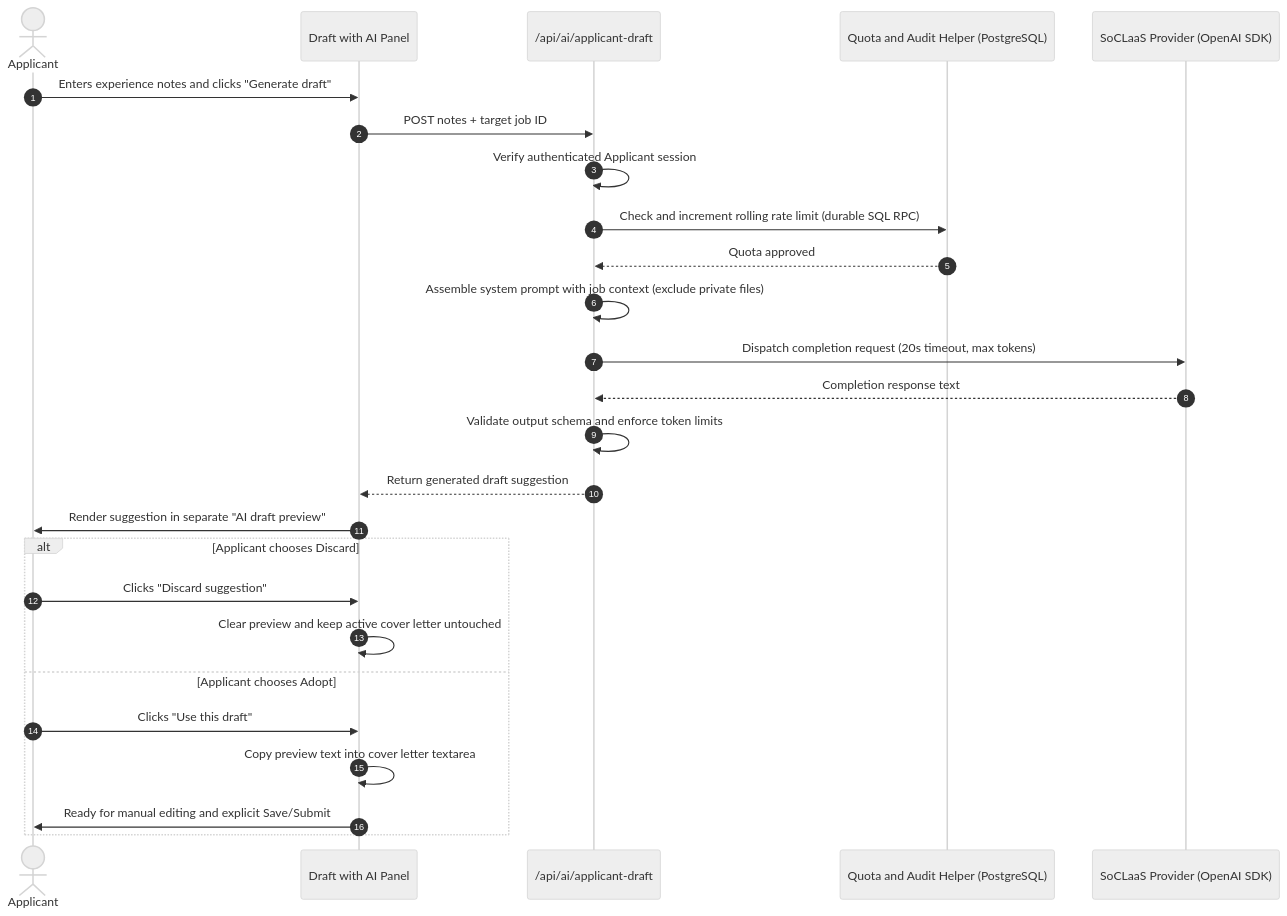
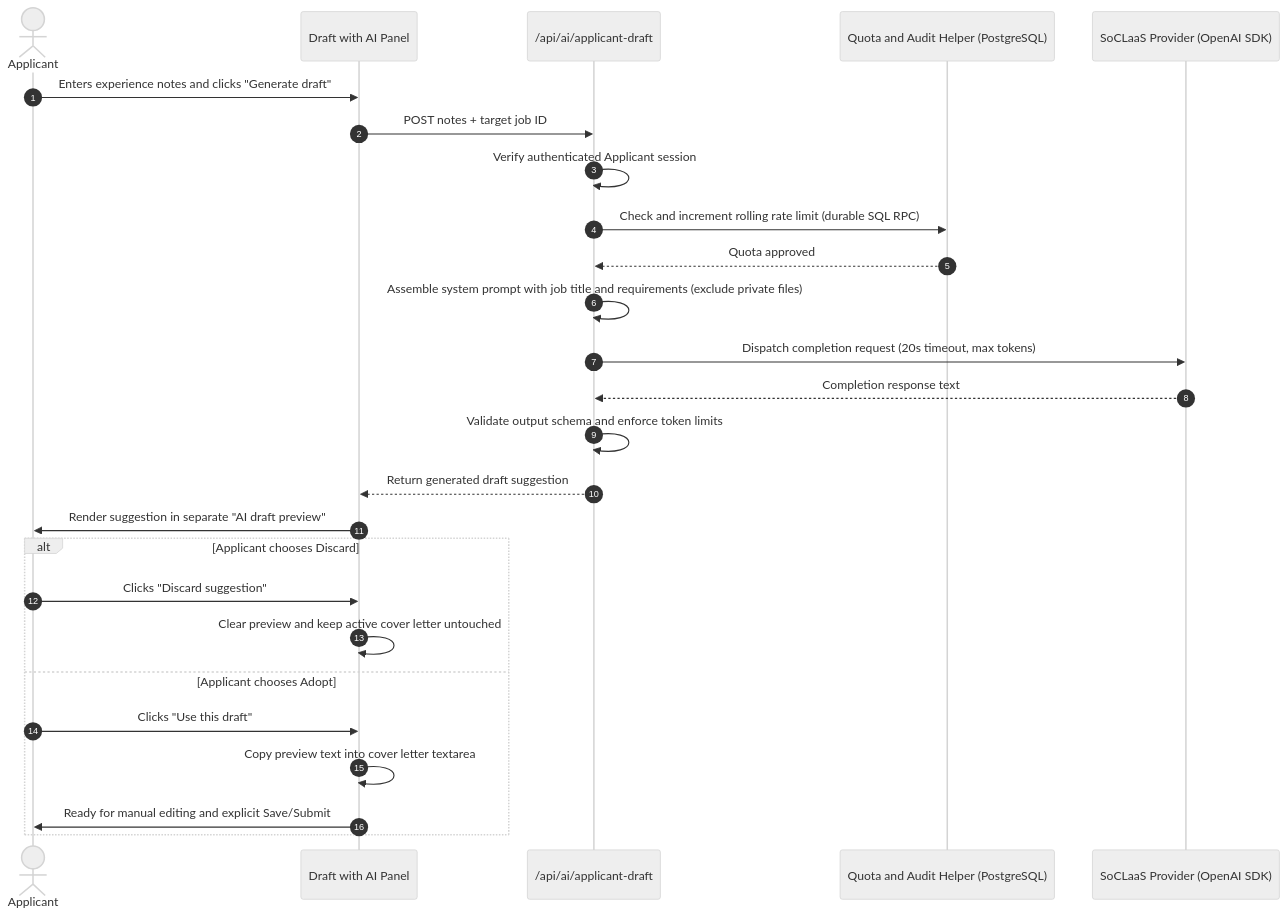
Before and after one commit to CS3227-2610-MP3-ConnectTalent/CS3227-2610-MP3: the fifth of 9 diagrams in docs/DeveloperGuide.md, drawn with Mermaid (neutral theme). The commit also changed other lines of this file, not shown here.

Commit message:
docs(guides): address review feedback on readiness, prompts, diagrams, and walk-throughs

````diff
--- a/docs/DeveloperGuide.md
+++ b/docs/DeveloperGuide.md
@@ -969,29 +973,29 @@
 ```mermaid
 sequenceDiagram
     autonumber
     actor Applicant
     participant UI as Draft with AI Panel
     participant API as /api/ai/applicant-draft
     participant Quota as Quota and Audit Helper (PostgreSQL)
     participant SoCLaaS as SoCLaaS Provider (OpenAI SDK)
 
     Applicant->>UI: Enters experience notes and clicks "Generate draft"
     UI->>API: POST notes + target job ID
     API->>API: Verify authenticated Applicant session
     API->>Quota: Check and increment rolling rate limit (durable SQL RPC)
     Quota-->>API: Quota approved
-    API->>API: Assemble system prompt with job context (exclude private files)
+    API->>API: Assemble system prompt with job title and requirements (exclude private files)
     API->>SoCLaaS: Dispatch completion request (20s timeout, max tokens)
     SoCLaaS-->>API: Completion response text
     API->>API: Validate output schema and enforce token limits
     API-->>UI: Return generated draft suggestion
     UI->>Applicant: Render suggestion in separate "AI draft preview"
     alt Applicant chooses Discard
         Applicant->>UI: Clicks "Discard suggestion"
         UI->>UI: Clear preview and keep active cover letter untouched
     else Applicant chooses Adopt
         Applicant->>UI: Clicks "Use this draft"
         UI->>UI: Copy preview text into cover letter textarea
         UI->>Applicant: Ready for manual editing and explicit Save/Submit
     end
 ```
````
